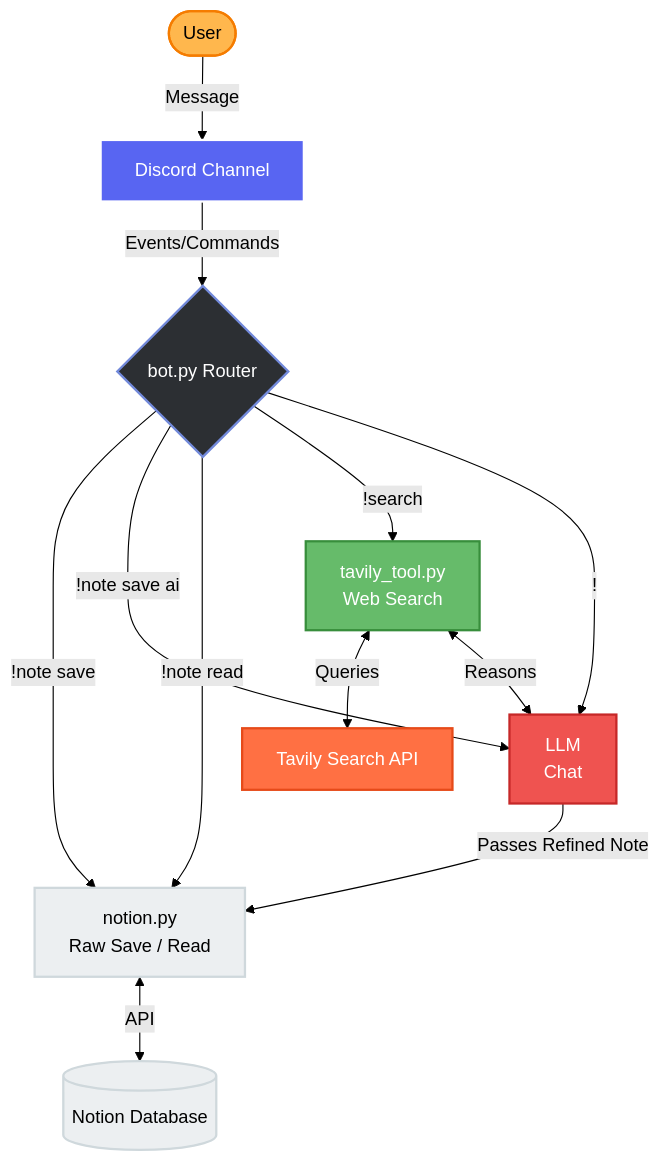
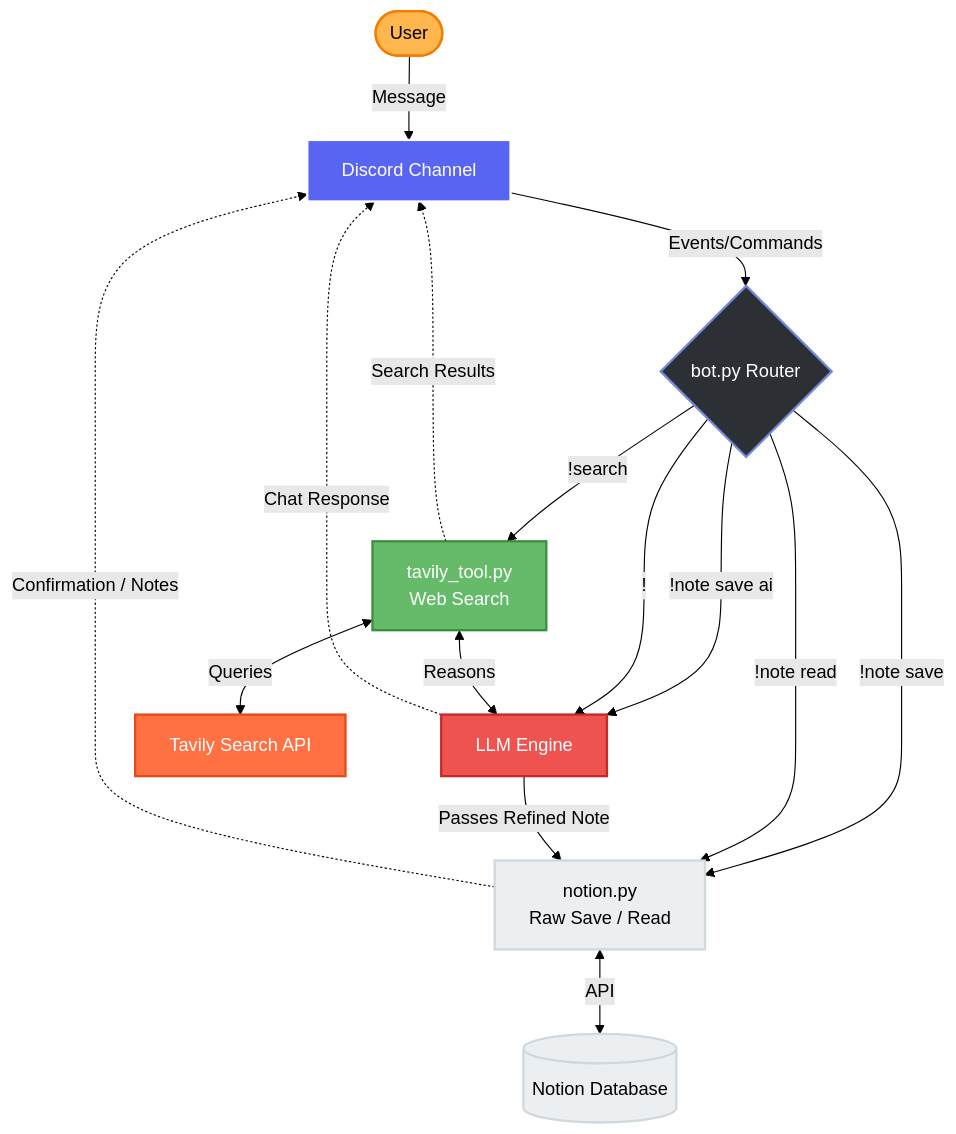
The diagram in README.md (farhanrhine/Discord-Notion-Sync), drawn with Mermaid (forest theme) before and after one commit.

Commit message:
docs: update architecture diagram to reflect LLM engine renaming and explicit Discord response flow

````diff
--- a/README.md
+++ b/README.md
@@ -16,27 +16,32 @@
 ```mermaid
 flowchart TD
     %% Define Styles
     classDef user fill:#FFB74D,stroke:#F57C00,stroke-width:2px,color:#000;
     classDef discord fill:#5865F2,stroke:#fff,stroke-width:2px,color:#fff;
     classDef bot fill:#2C2F33,stroke:#7289DA,stroke-width:2px,color:#fff;
     classDef agent fill:#66BB6A,stroke:#388E3C,stroke-width:2px,color:#fff;
     classDef notion fill:#ECEFF1,stroke:#CFD8DC,stroke-width:2px,color:#000;
     classDef tavily fill:#FF7043,stroke:#E64A19,stroke-width:2px,color:#fff;
     classDef LLM fill:#EF5350,stroke:#C62828,stroke-width:2px,color:#fff;
 
     User([User]):::user -->|Message| Discord[Discord Channel]:::discord
     Discord -->|Events/Commands| Bot{bot.py Router}:::bot
 
     %% Command Routing Logic
     Bot -->|!note save| NotionNode[notion.py \n Raw Save / Read]:::notion
-    Bot -->|!note save ai| LLM[LLM \n Refine Text]:::LLM
+    Bot -->|!note save ai| LLMCore[LLM Engine]:::LLM
     Bot -->|!note read| NotionNode
     Bot -->|!search| AgentNode[tavily_tool.py \n Web Search]:::agent
-    Bot -->|!<anything else>| LLM[LLM \n Chat]:::LLM
+    Bot -->|!<anything else>| LLMCore
 
     %% Data Flow & External Connections
-    LLM -->|Passes Refined Note| NotionNode
+    LLMCore -->|Passes Refined Note| NotionNode
     NotionNode <-->|API| NotionDB[(Notion Database)]:::notion
     AgentNode <-->|Queries| Tavily[Tavily Search API]:::tavily
-    AgentNode <-->|Reasons| LLM
+    AgentNode <-->|Reasons| LLMCore
+
+    %% Bot Replies to User
+    NotionNode -.->|Confirmation / Notes| Discord
+    AgentNode -.->|Search Results| Discord
+    LLMCore -.->|Chat Response| Discord
 ```
````
